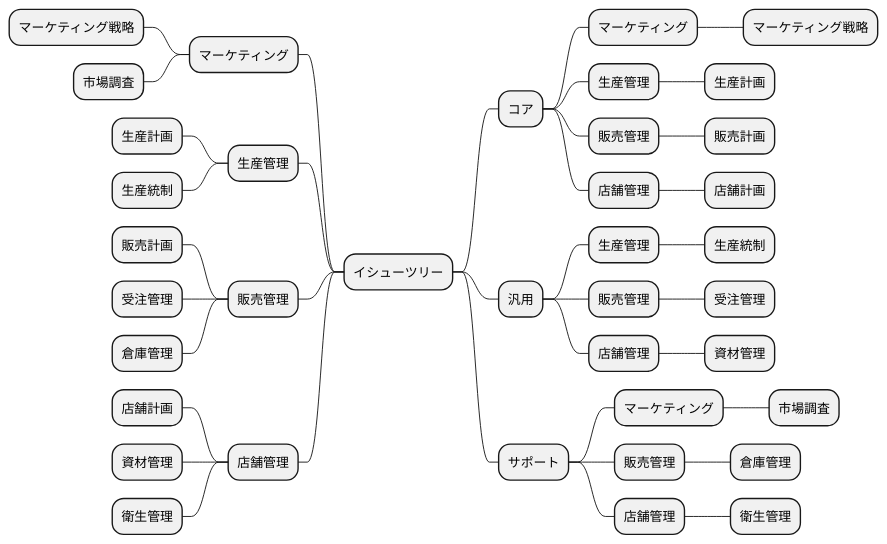
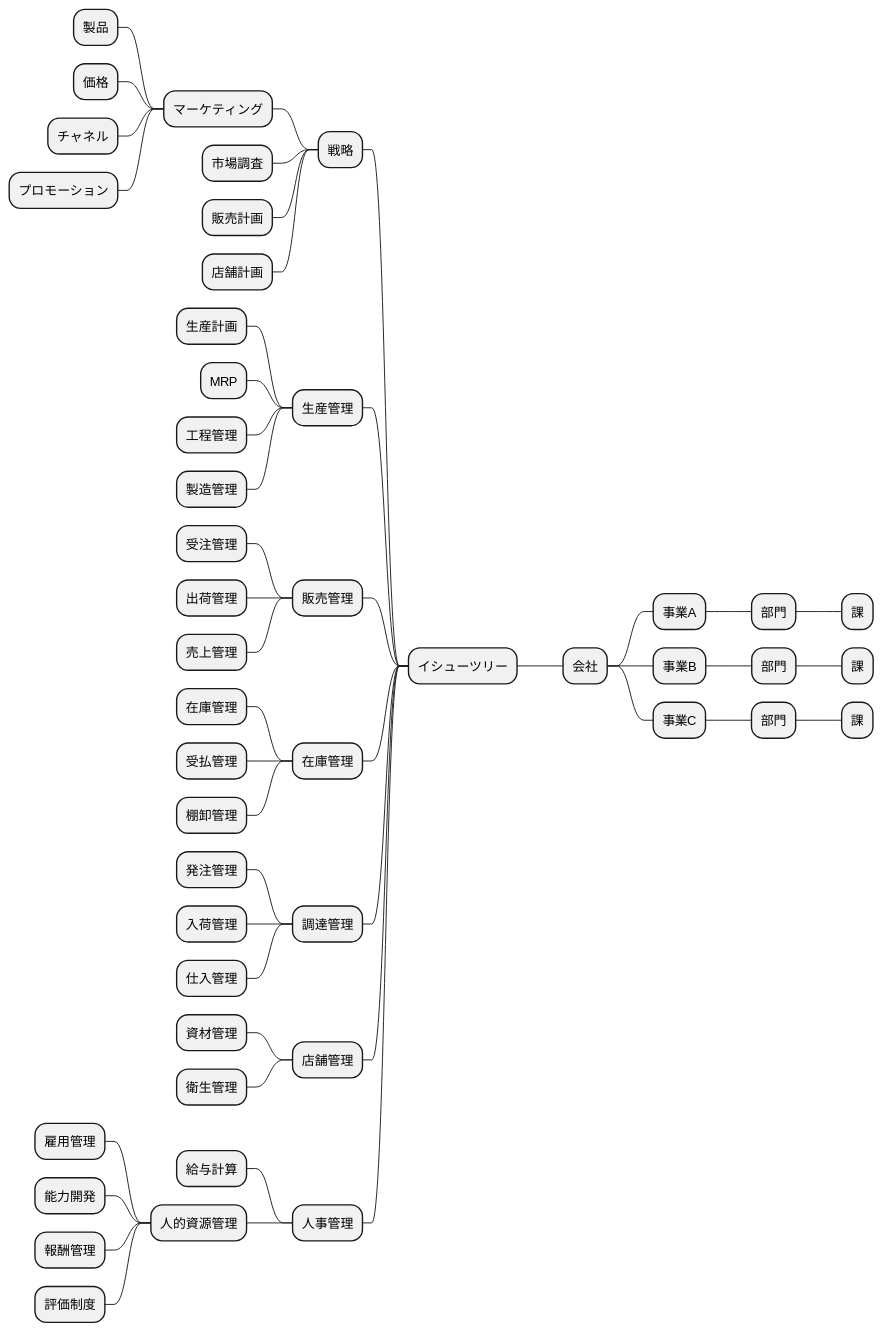
One commit to k2works/case-sutudy-business-analysis changed diagram 15 of 19 in docs/case/r0X_case_X.adoc. Above: the diagram before and after it, drawn with PlantUML. The commit also changed other lines of this file, not shown here.

```diff
--- a/docs/case/r0X_case_X.adoc
+++ b/docs/case/r0X_case_X.adoc
@@ -308,46 +429,55 @@
 [plantuml]
 ----
 @startmindmap
 
 * イシューツリー
-** コア
+** 会社
+*** 事業A
+**** 部門
+***** 課
+*** 事業B
+**** 部門
+***** 課
+*** 事業C
+**** 部門
+***** 課
+left side
+** 戦略
 *** マーケティング
-**** マーケティング戦略
-*** 生産管理
-**** 生産計画
-*** 販売管理
-**** 販売計画
-*** 店舗管理
-**** 店舗計画
-** 汎用
-*** 生産管理
-**** 生産統制
-*** 販売管理
-**** 受注管理
-*** 店舗管理
-**** 資材管理
-** サポート
-*** マーケティング
-**** 市場調査
-*** 販売管理
-**** 倉庫管理
-*** 店舗管理
-**** 衛生管理
-left side
-** マーケティング
-*** マーケティング戦略
+**** 製品
+**** 価格
+**** チャネル
+**** プロモーション
 *** 市場調査
+*** 販売計画
+*** 店舗計画
 ** 生産管理
 *** 生産計画
-*** 生産統制
+*** MRP
+*** 工程管理
+*** 製造管理
 ** 販売管理
-*** 販売計画
 *** 受注管理
-*** 倉庫管理
+*** 出荷管理
+*** 売上管理
+** 在庫管理
+*** 在庫管理
+*** 受払管理
+*** 棚卸管理
+** 調達管理
+*** 発注管理
+*** 入荷管理
+*** 仕入管理
 ** 店舗管理
-*** 店舗計画
 *** 資材管理
 *** 衛生管理
+** 人事管理
+*** 給与計算
+*** 人的資源管理
+**** 雇用管理
+**** 能力開発
+**** 報酬管理
+**** 評価制度
 
 @endmindmap
 ----
```
